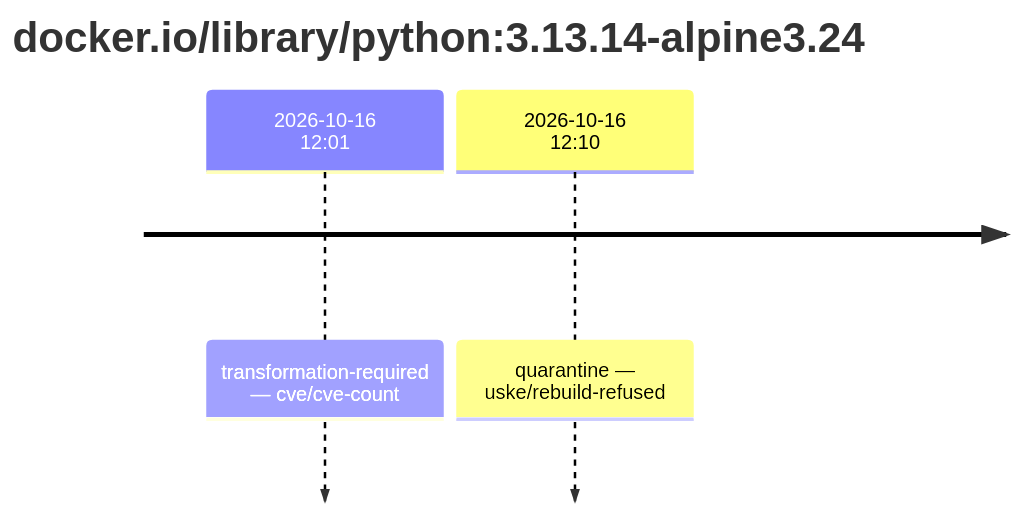
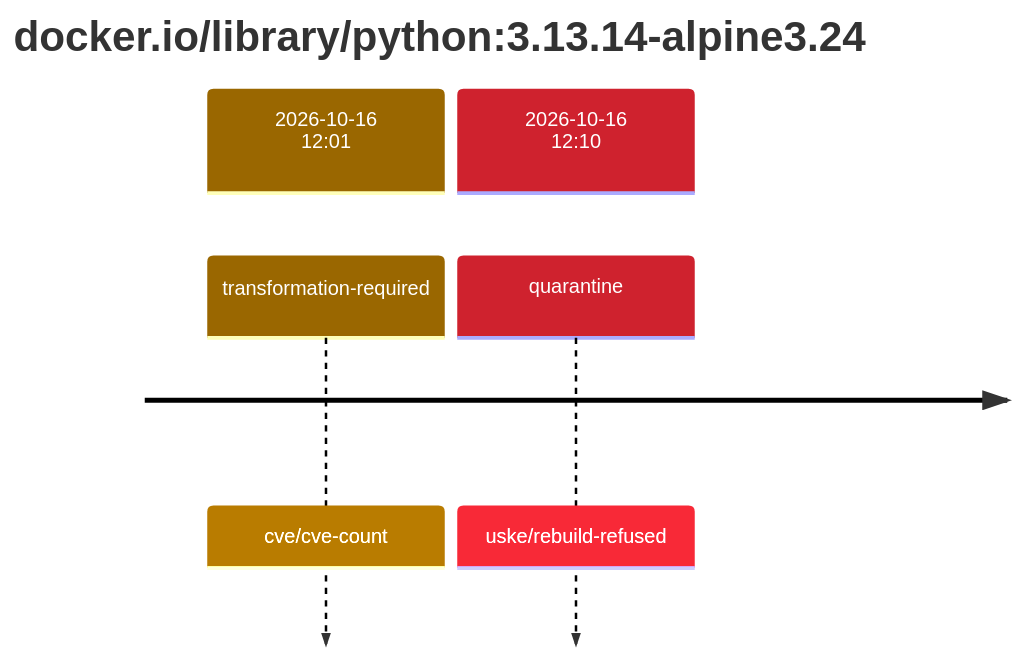
One commit to trivoallan/base-images changed the first of 2 diagrams in results/reports/base-python-3/sha256:b8e1d7303166e4ea56b3bf1e5bfd16efa416668f34b26cbb36be10477e8233d1.md. Above: the diagram before and after it, drawn with Mermaid. The commit also changed other lines of this file and 12 other files, not shown here.

````diff
--- a/results/reports/base-python-3/sha256:b8e1d7303166e4ea56b3bf1e5bfd16efa416668f34b26cbb36be10477e8233d1.md
+++ b/results/reports/base-python-3/sha256:b8e1d7303166e4ea56b3bf1e5bfd16efa416668f34b26cbb36be10477e8233d1.md
@@ -5,6 +5,9 @@
 ```mermaid
+%%{init: {"theme": "default", "themeVariables": {"cScale0": "#9a6700", "cScaleLabel0": "#ffffff", "cScale1": "#cf222e", "cScaleLabel1": "#ffffff"}}}%%
 timeline
     title docker.io/library/python#58;3.13.14-alpine3.24
-    2026-10-16 12#58;01 : transformation-required — cve/cve-count
-    2026-10-16 12#58;10 : quarantine — uske/rebuild-refused
+    section 2026-10-16 12#58;01
+        transformation-required : cve/cve-count
+    section 2026-10-16 12#58;10
+        quarantine : uske/rebuild-refused
 ```
````
